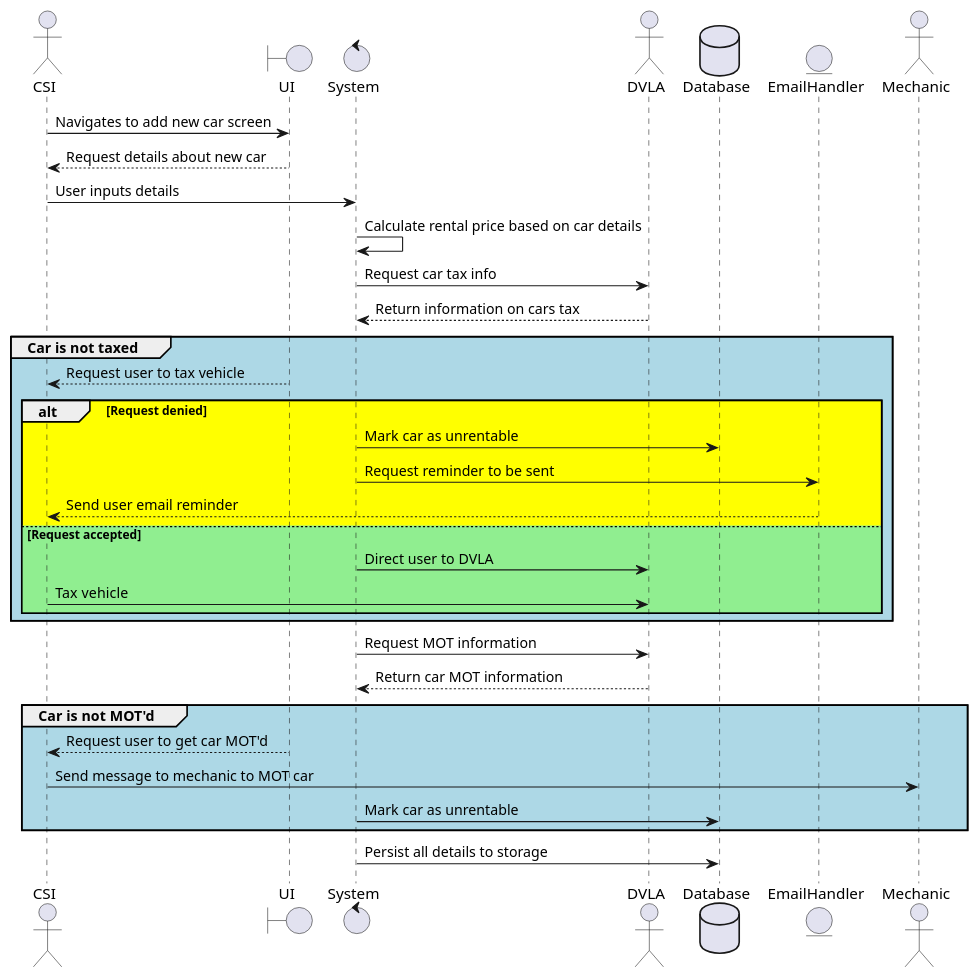
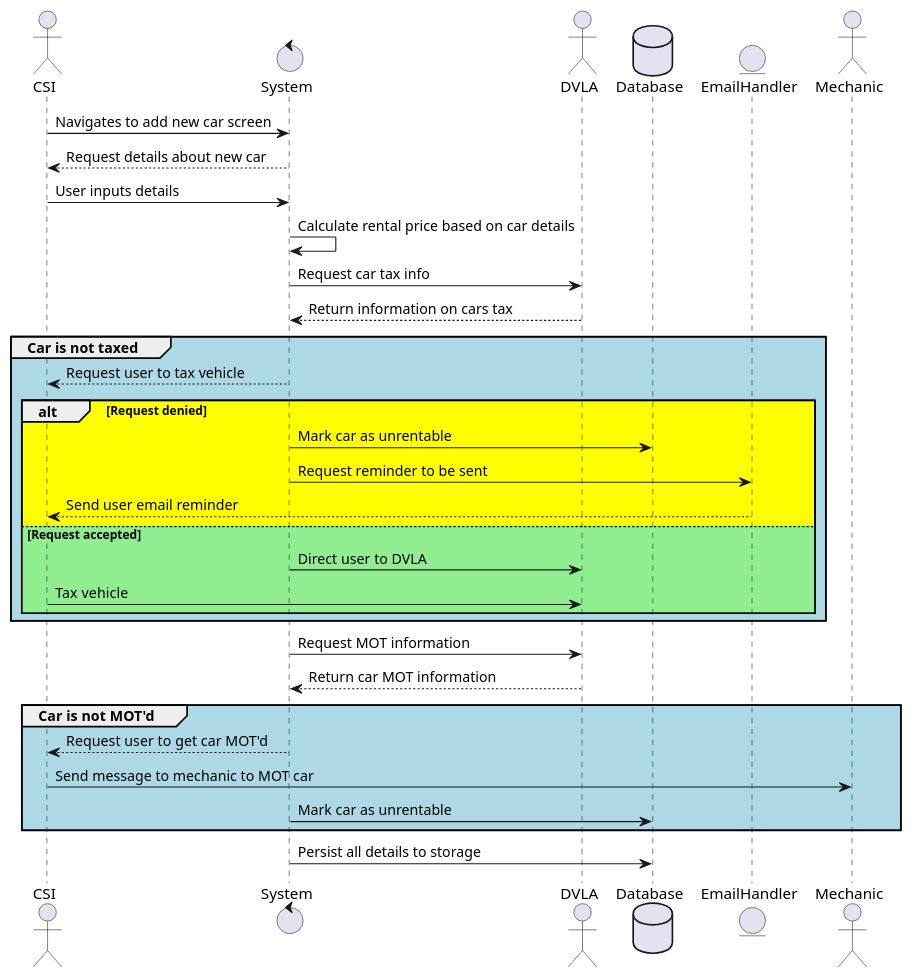
The diagram in diagrams/sequence/Sequence5.puml (OMBowkerBBC/DC4600-Assignment1), drawn with PlantUML before and after one commit. The commit also changed 5 other files, not shown here.

Commit message:
addded new activity diagrams and slight changes

```diff
--- a/diagrams/sequence/Sequence5.puml
+++ b/diagrams/sequence/Sequence5.puml
@@ -1,38 +1,37 @@
 @startuml
 actor CSI as csi
-boundary UI as ui
 control System as sys
 actor DVLA as dvla
 database Database as db
 entity EmailHandler as email
 actor Mechanic as mech
 
-csi -> ui : Navigates to add new car screen
-csi <-- ui : Request details about new car
+csi -> sys : Navigates to add new car screen
+csi <-- sys : Request details about new car
 csi -> sys : User inputs details
 
 sys -> sys : Calculate rental price based on car details
 sys -> dvla : Request car tax info
 sys <-- dvla : Return information on cars tax
 
 group #LightBlue Car is not taxed
-  csi <-- ui : Request user to tax vehicle
+  csi <-- sys : Request user to tax vehicle
   alt #Yellow Request denied
     sys -> db : Mark car as unrentable
     sys -> email : Request reminder to be sent
     csi <-- email : Send user email reminder
   else #LightGreen Request accepted
     sys -> dvla : Direct user to DVLA
     csi -> dvla : Tax vehicle
   end
 end
 
 sys -> dvla : Request MOT information
 sys <-- dvla : Return car MOT information
 group #LightBlue Car is not MOT'd
-  csi <-- ui : Request user to get car MOT'd
+  csi <-- sys : Request user to get car MOT'd
   csi -> mech : Send message to mechanic to MOT car
   sys -> db : Mark car as unrentable
 end
 sys -> db : Persist all details to storage
 @enduml
```
